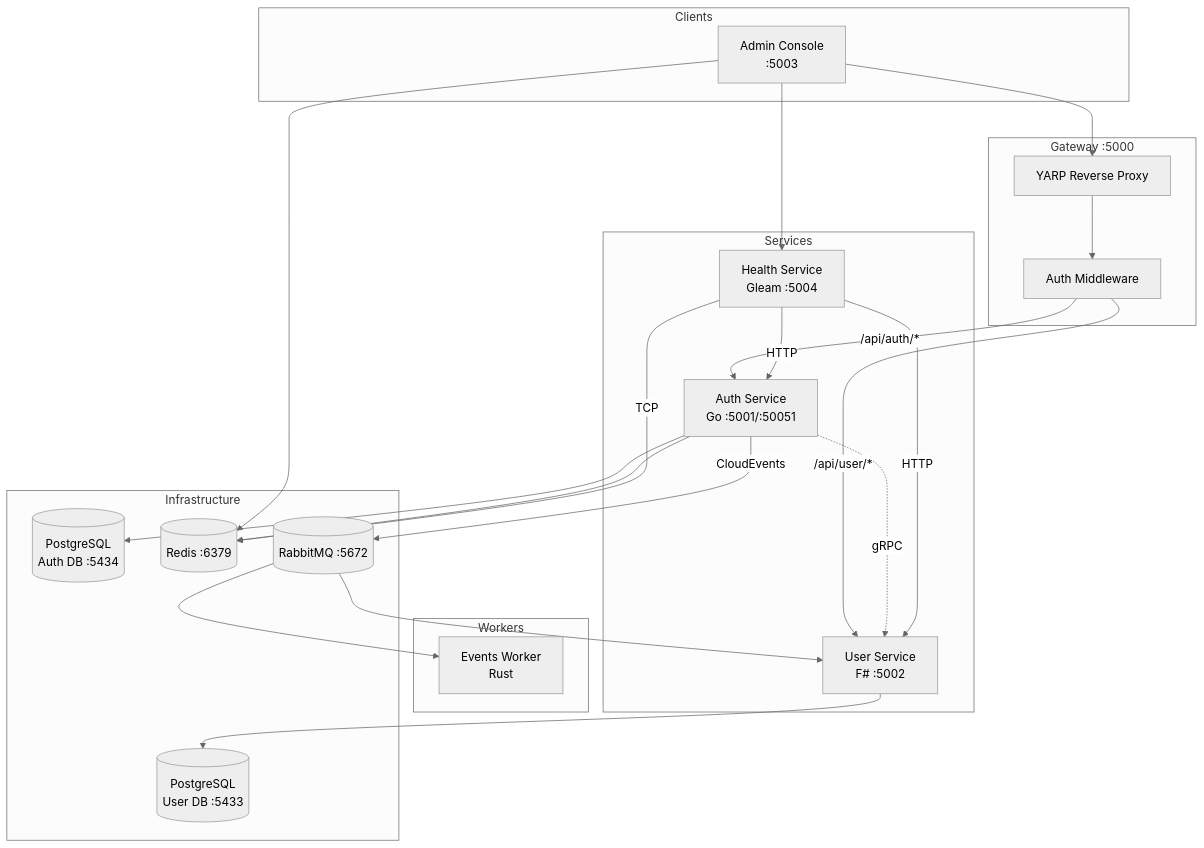
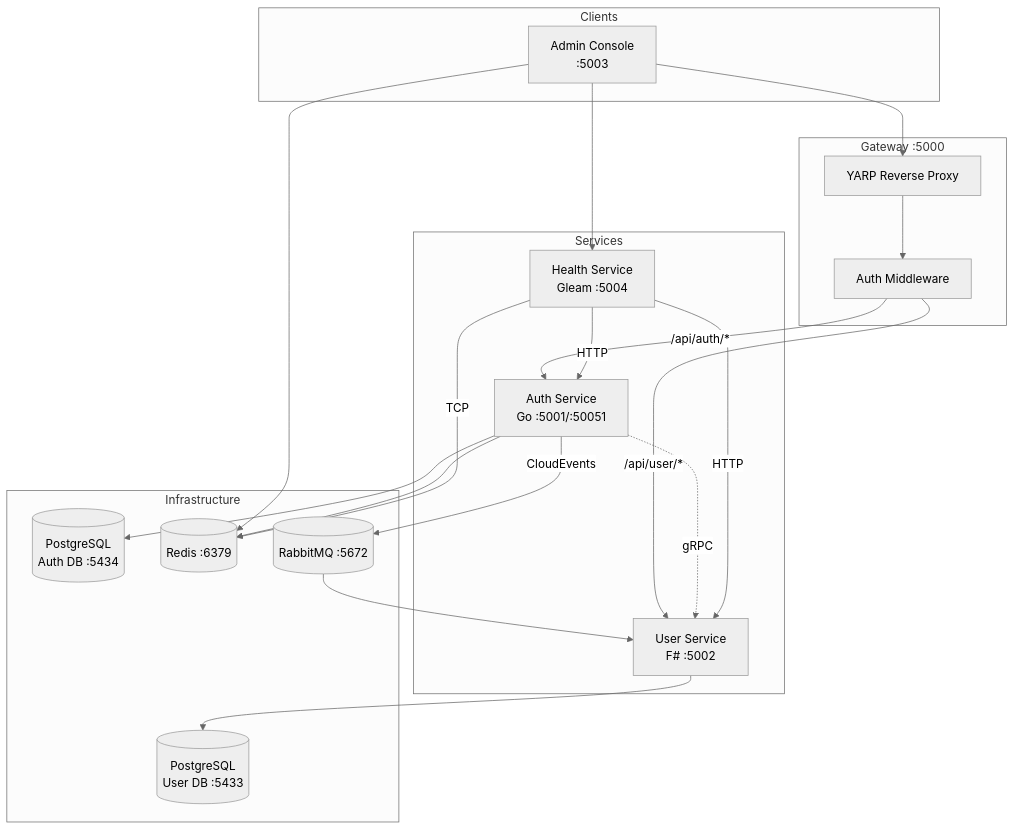
The first of 4 diagrams in docs/architecture/index.md (Nechja/hellArch), drawn with Mermaid (neutral theme) before and after one commit. The commit also changed other lines of this file and 254 other files, not shown here.

````diff
--- a/docs/architecture/index.md
+++ b/docs/architecture/index.md
@@ -7,46 +7,41 @@
 ```mermaid
 graph TB
     subgraph Clients
         ADMIN[Admin Console<br/>:5003]
     end
 
     subgraph Gateway["Gateway :5000"]
         YARP[YARP Reverse Proxy]
         MW[Auth Middleware]
     end
 
     subgraph Services
         AUTH[Auth Service<br/>Go :5001/:50051]
         USER[User Service<br/>F# :5002]
         HEALTH[Health Service<br/>Gleam :5004]
-    end
-
-    subgraph Workers
-        EVENTS[Events Worker<br/>Rust]
     end
 
     subgraph Infrastructure
         PG_AUTH[(PostgreSQL<br/>Auth DB :5434)]
         PG_USER[(PostgreSQL<br/>User DB :5433)]
         REDIS[(Redis :6379)]
         RABBIT[(RabbitMQ :5672)]
     end
 
     ADMIN --> YARP
     ADMIN --> REDIS
     YARP --> MW
     MW -->|/api/auth/*| AUTH
     MW -->|/api/user/*| USER
 
     AUTH --> PG_AUTH
     AUTH --> REDIS
     USER --> PG_USER
     AUTH -.->|gRPC| USER
     AUTH -->|CloudEvents| RABBIT
     RABBIT --> USER
-    RABBIT --> EVENTS
     HEALTH -->|HTTP| AUTH
     HEALTH -->|HTTP| USER
     HEALTH -->|TCP| REDIS
     ADMIN --> HEALTH
 ```
````
